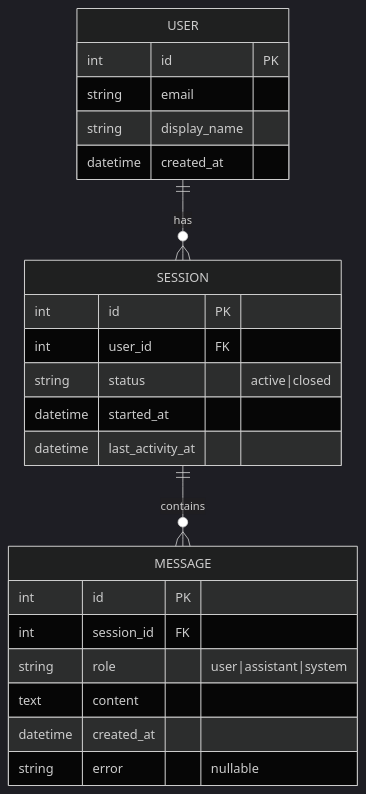
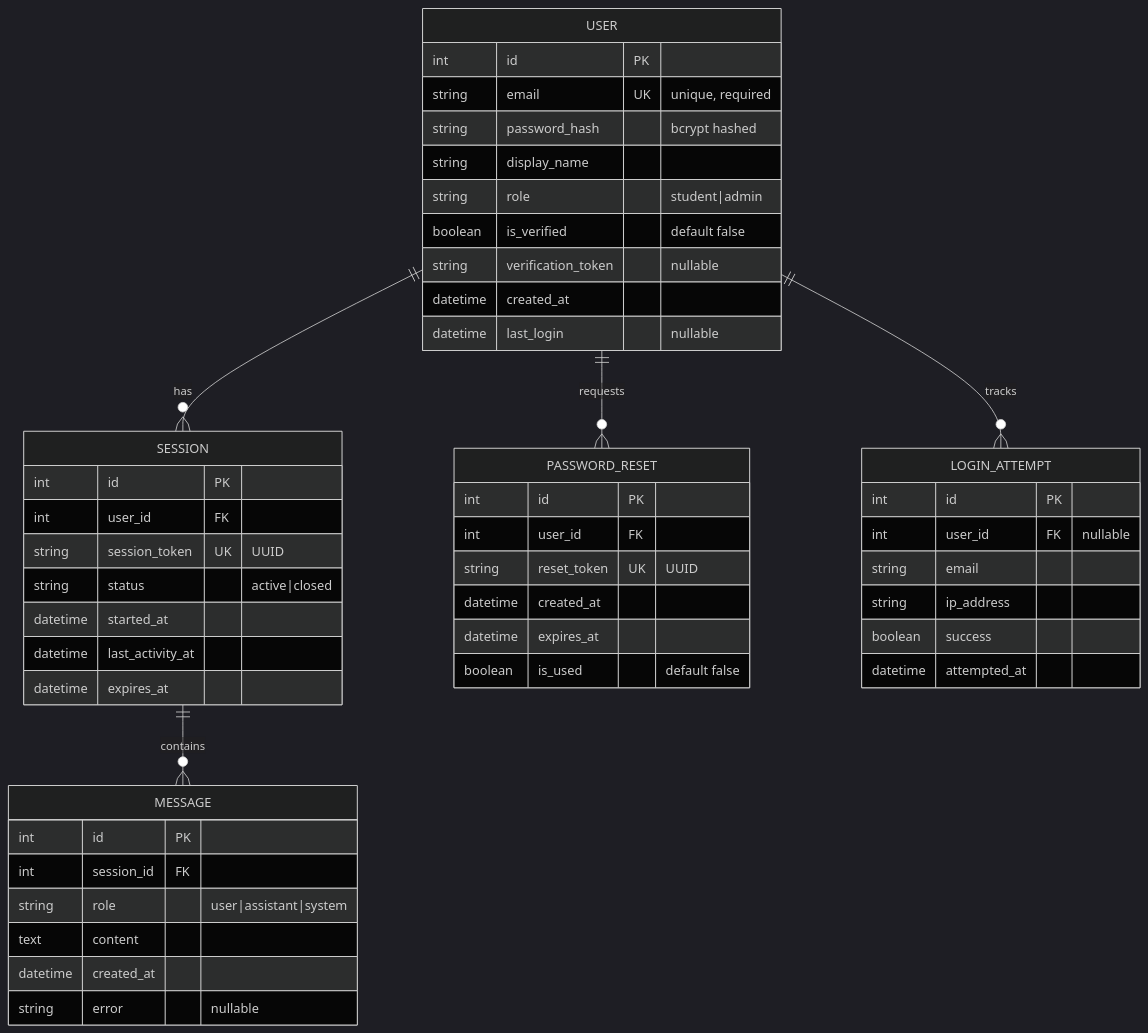
One commit to josepha237/BotInterface changed the diagram in docs/diagram/entity_relationship.mmd. Above: the diagram before and after it, drawn with Mermaid (dark theme). The commit also changed 30 other files, not shown here.

First line of the commit message:
Add authentication routes, services, and UI mockups for login and registration

```diff
--- a/docs/diagram/entity_relationship.mmd
+++ b/docs/diagram/entity_relationship.mmd
@@ -1,28 +1,55 @@
-%% Entity Relationship Diagram for chat data
+%% Entity Relationship Diagram for chat data with authentication
 erDiagram
 	USER {
 		int id PK
-		string email
+		string email UK "unique, required"
+		string password_hash "bcrypt hashed"
 		string display_name
+		string role "student|admin"
+		boolean is_verified "default false"
+		string verification_token "nullable"
 		datetime created_at
+		datetime last_login "nullable"
 	}
 
 	SESSION {
 		int id PK
 		int user_id FK
+		string session_token UK "UUID"
 		string status "active|closed"
 		datetime started_at
 		datetime last_activity_at
+		datetime expires_at
 	}
 
 	MESSAGE {
 		int id PK
 		int session_id FK
 		string role "user|assistant|system"
 		text content
 		datetime created_at
 		string error "nullable"
 	}
 
+	PASSWORD_RESET {
+		int id PK
+		int user_id FK
+		string reset_token UK "UUID"
+		datetime created_at
+		datetime expires_at
+		boolean is_used "default false"
+	}
+
+	LOGIN_ATTEMPT {
+		int id PK
+		int user_id FK "nullable"
+		string email
+		string ip_address
+		boolean success
+		datetime attempted_at
+	}
+
 	USER ||--o{ SESSION : has
 	SESSION ||--o{ MESSAGE : contains
+	USER ||--o{ PASSWORD_RESET : requests
+	USER ||--o{ LOGIN_ATTEMPT : tracks
```
